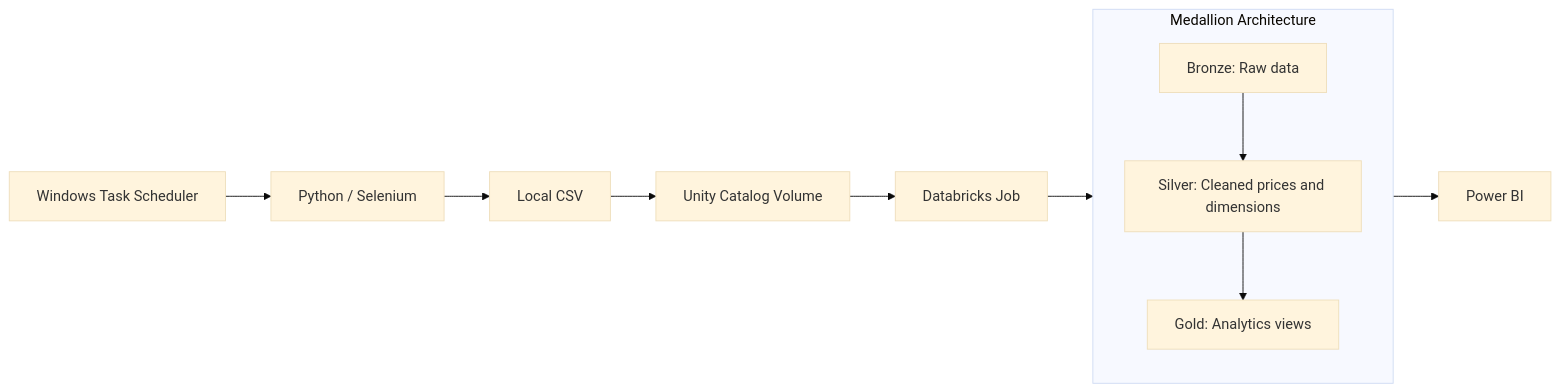
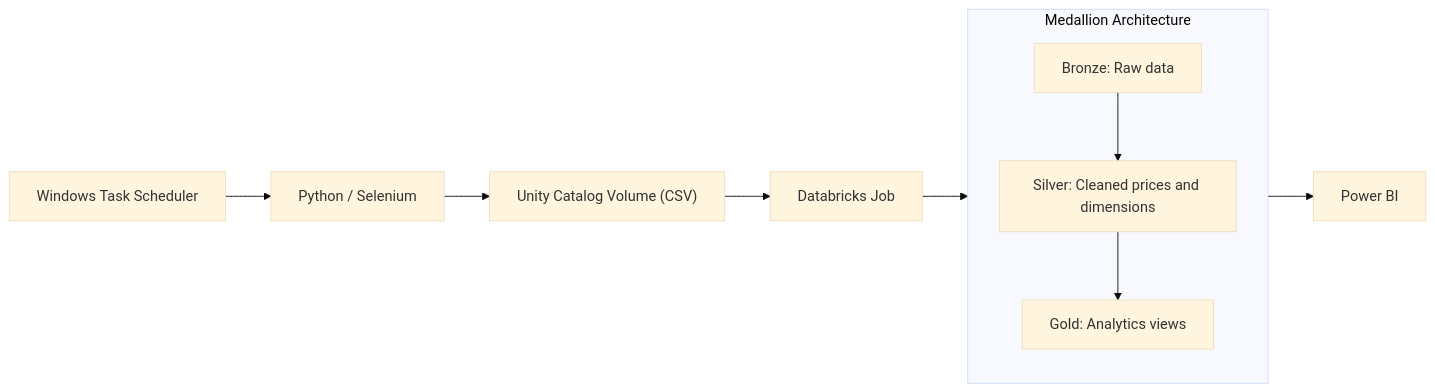
Before and after one commit to ANamTHONY/CHCH-supermarket-price-tracker: the diagram in README.md, drawn with Mermaid (base theme).

Commit message:
Fold CSV storage into Volume diagram node

````diff
--- a/README.md
+++ b/README.md
@@ -26,16 +26,15 @@
 ```mermaid
 flowchart LR
     A[Windows Task Scheduler] --> B[Python / Selenium]
-    B --> C[Local CSV]
-    C --> D[Unity Catalog Volume]
+    B --> D["Unity Catalog Volume (CSV)"]
     D --> E[Databricks Job]
     E --> M
 
     subgraph M[Medallion Architecture]
         direction TB
         Bronze[Bronze: Raw data] --> Silver[Silver: Cleaned prices and dimensions]
         Silver --> Gold[Gold: Analytics views]
     end
 
     M --> F[Power BI]
 ```
````
